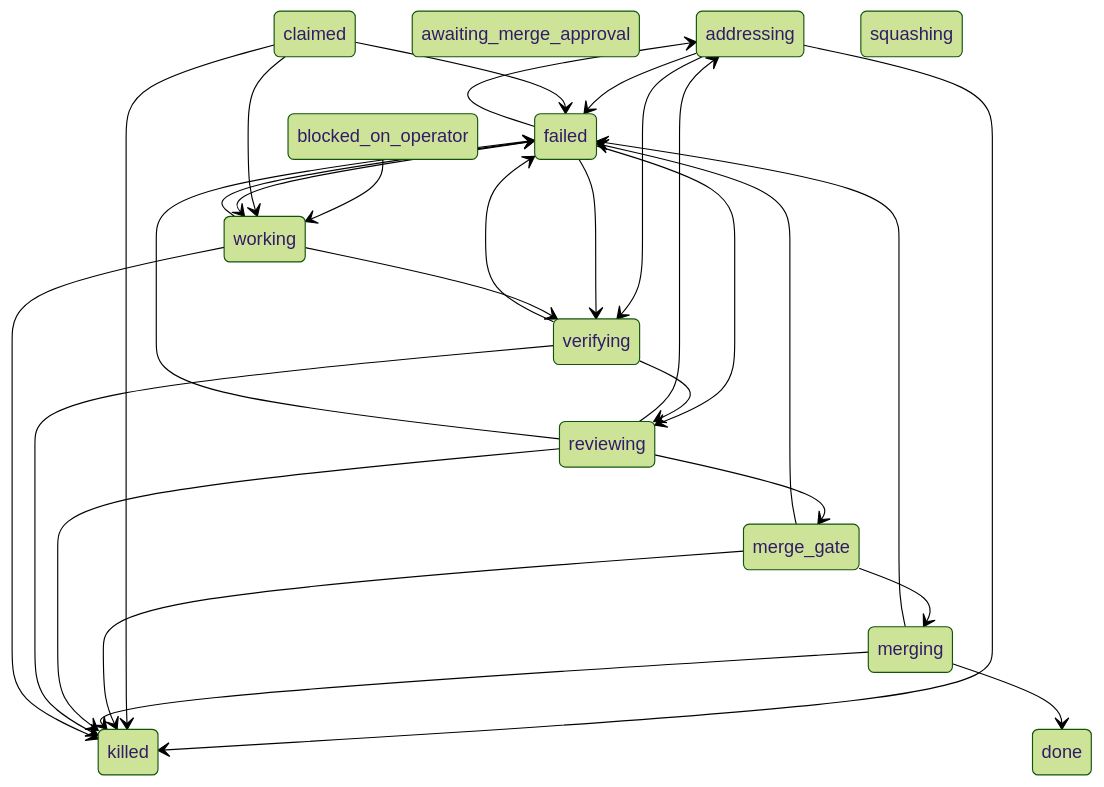
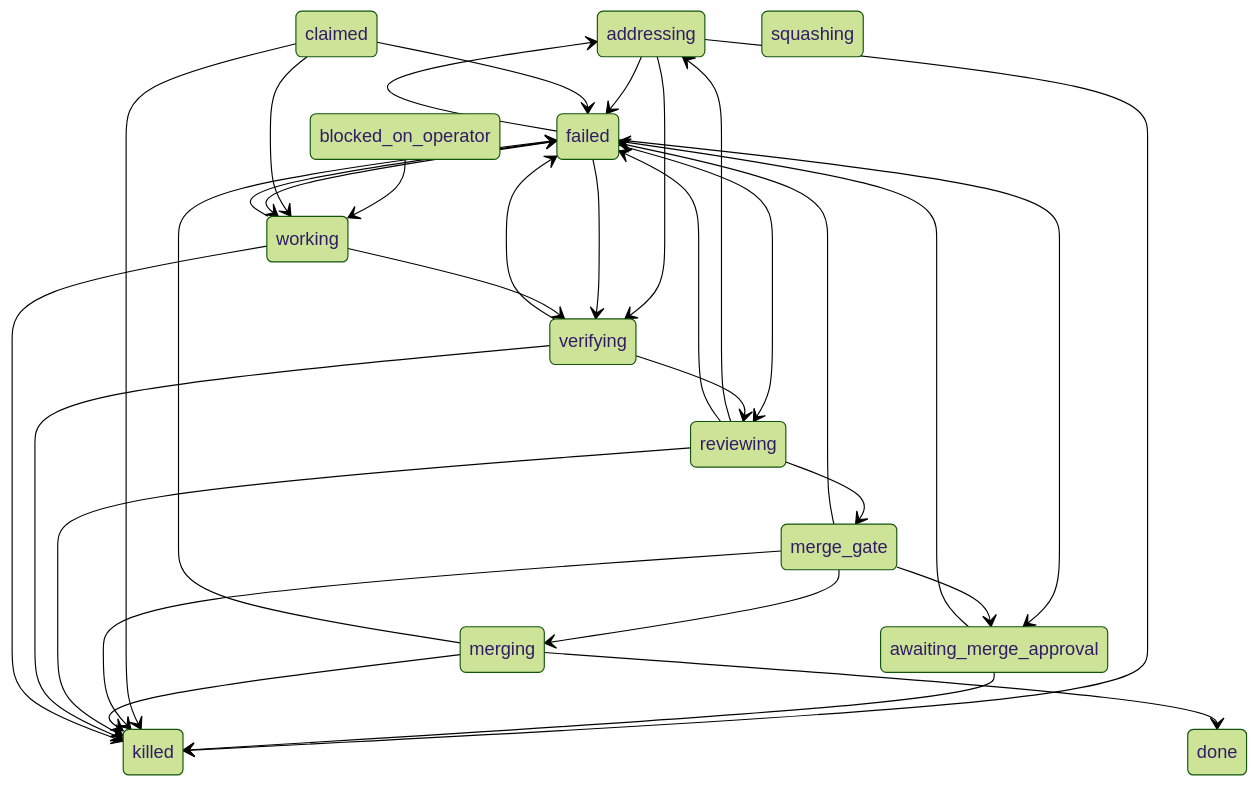
The second of 2 diagrams in docs/loop.md (wevial/holophyte), drawn with Mermaid (forest theme) before and after one commit. The commit also changed other lines of this file and 9 other files, not shown here.

````diff
--- a/docs/loop.md
+++ b/docs/loop.md
@@ -91,43 +98,47 @@
 ```mermaid
 stateDiagram-v2
     addressing
     awaiting_merge_approval
     blocked_on_operator
     claimed
     done
     failed
     killed
     merge_gate
     merging
     reviewing
     squashing
     verifying
     working
     addressing --> failed
     addressing --> killed
     addressing --> verifying
+    awaiting_merge_approval --> failed
+    awaiting_merge_approval --> killed
     blocked_on_operator --> working
     claimed --> failed
     claimed --> killed
     claimed --> working
     failed --> addressing
+    failed --> awaiting_merge_approval
     failed --> reviewing
     failed --> verifying
     failed --> working
+    merge_gate --> awaiting_merge_approval
     merge_gate --> failed
     merge_gate --> killed
     merge_gate --> merging
     merging --> done
     merging --> failed
     merging --> killed
     reviewing --> addressing
     reviewing --> failed
     reviewing --> killed
     reviewing --> merge_gate
     verifying --> failed
     verifying --> killed
     verifying --> reviewing
     working --> failed
     working --> killed
     working --> verifying
 ```
````
